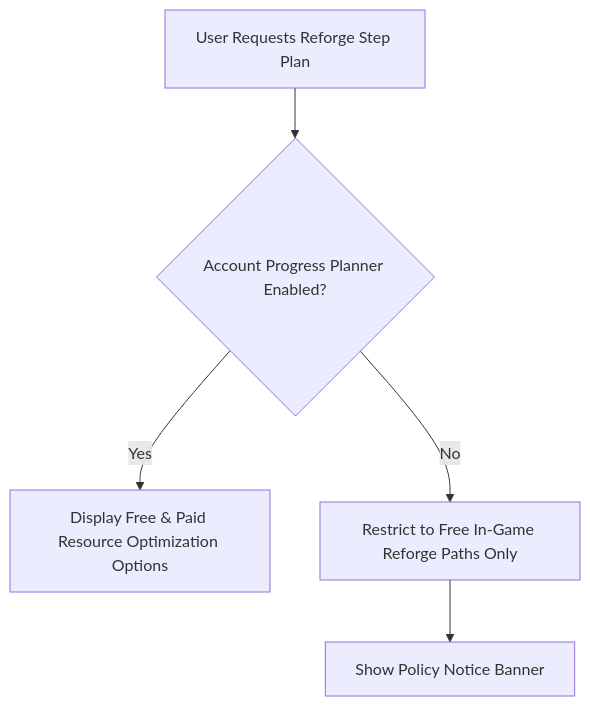
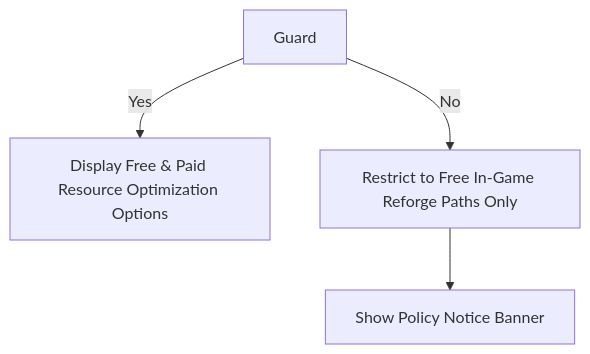
The fourth of 4 diagrams in docs/simulators/hero-gear-reforge.md (cristianrusu777/Kingshot-Events-Tracker-DOCS), drawn with Mermaid before and after one commit. The commit also changed other lines of this file and 1 other file, not shown here.

Commit message:
docs: add Hero Gear Reforge simulator documentation and publish July 2026 system update notes

````diff
--- a/docs/simulators/hero-gear-reforge.md
+++ b/docs/simulators/hero-gear-reforge.md
@@ -115,7 +115,6 @@
 ```mermaid
 flowchart TD
-    Req[User Requests Reforge Step Plan] --> Guard{Account Progress Planner Enabled?}
     Guard -- Yes --> OpenPlan[Display Free & Paid Resource Optimization Options]
     Guard -- No --> RestrictPlan[Restrict to Free In-Game Reforge Paths Only]
     RestrictPlan --> Banner[Show Policy Notice Banner]
 ```
````
